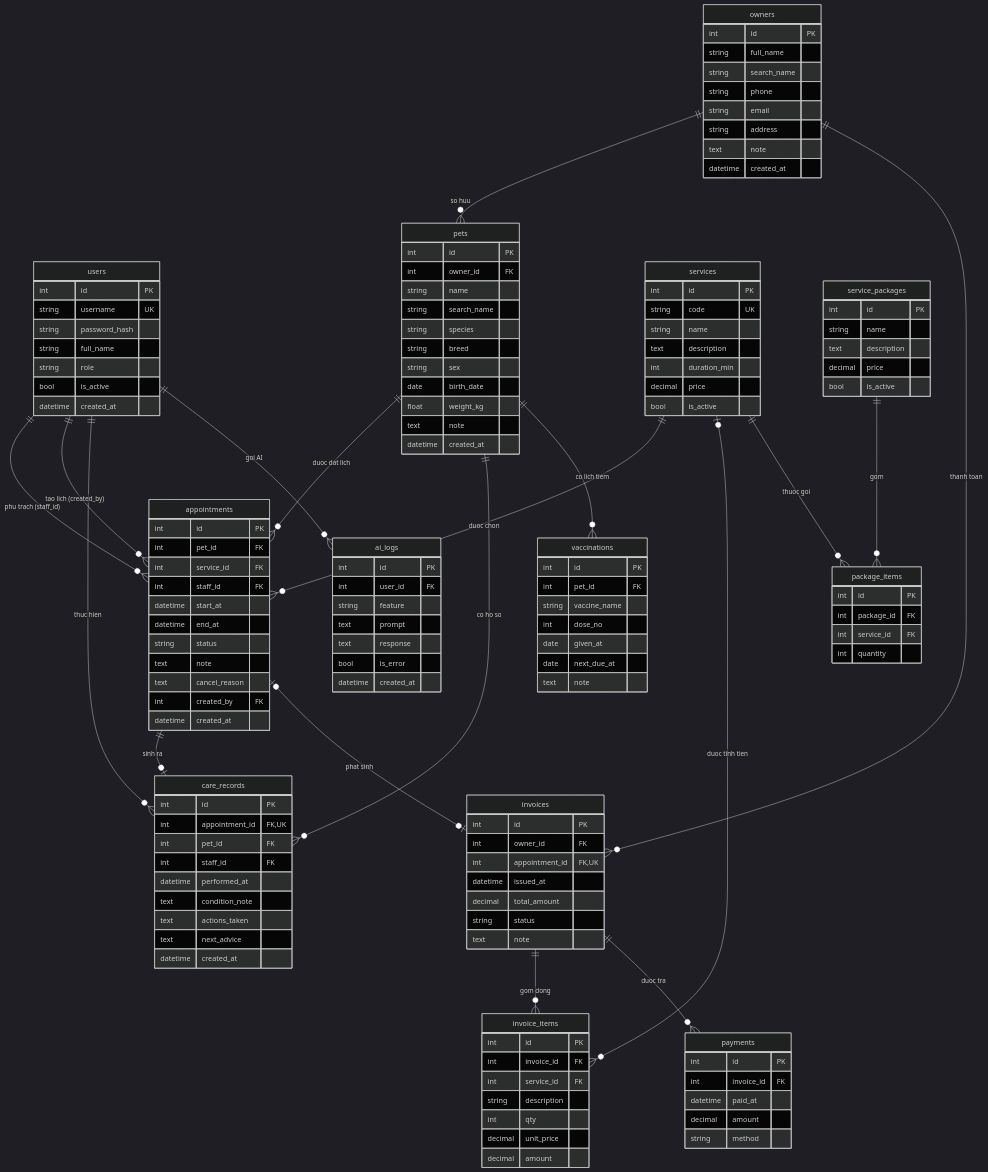
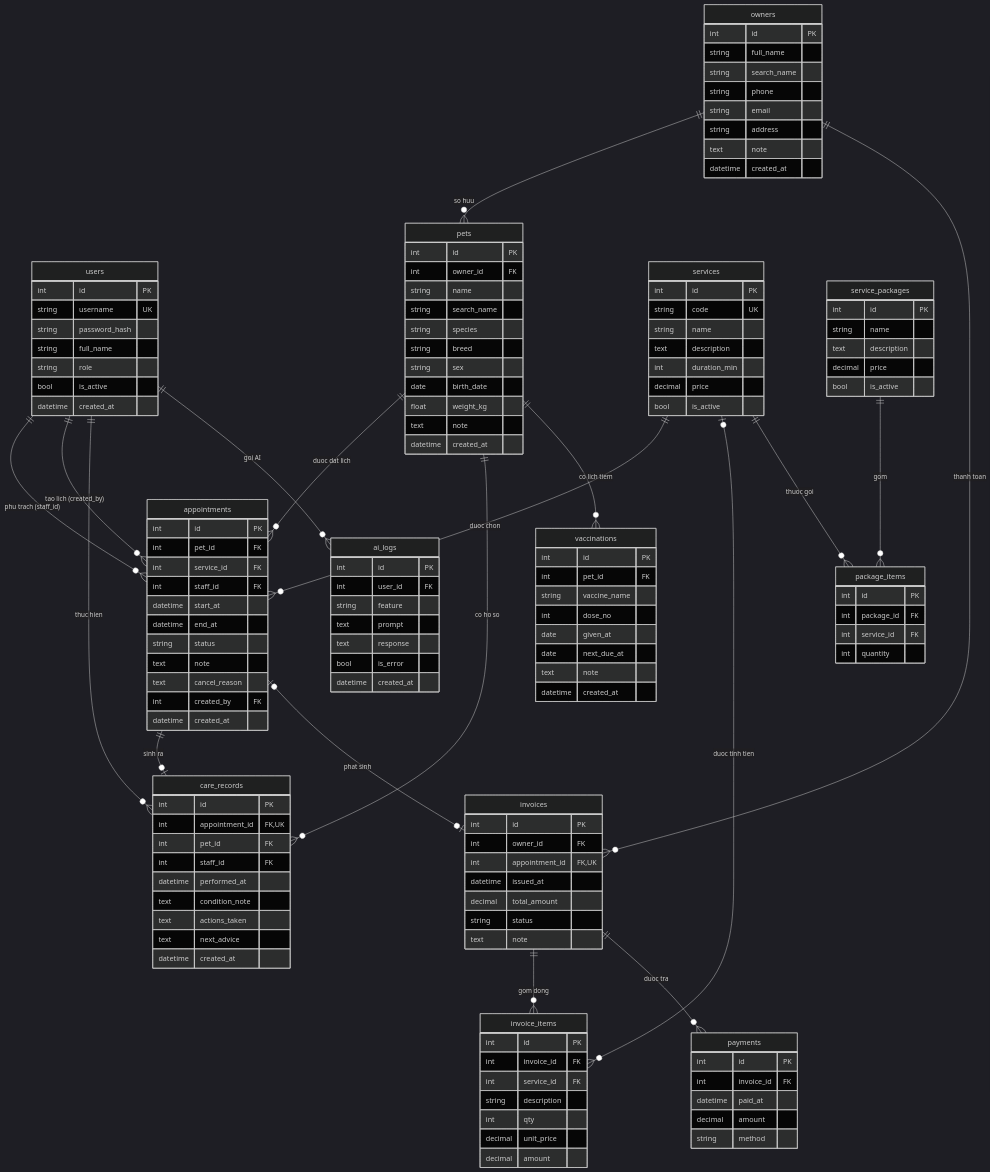
One commit to dtc245010034-rgb/Veterinary-management-system changed the diagram in docs/erd.md. Above: the diagram before and after it, drawn with Mermaid (dark theme). The commit also changed other lines of this file and 16 other files, not shown here.

First line of the commit message:
feat: P6 chang 1 - sua hook dong phien, phep canh ERD, ngay hoa don trong seed

```diff
--- a/docs/erd.md
+++ b/docs/erd.md
@@ -122,6 +122,7 @@
         date given_at
         date next_due_at
         text note
+        datetime created_at
     }
     invoices {
         int id PK
```
